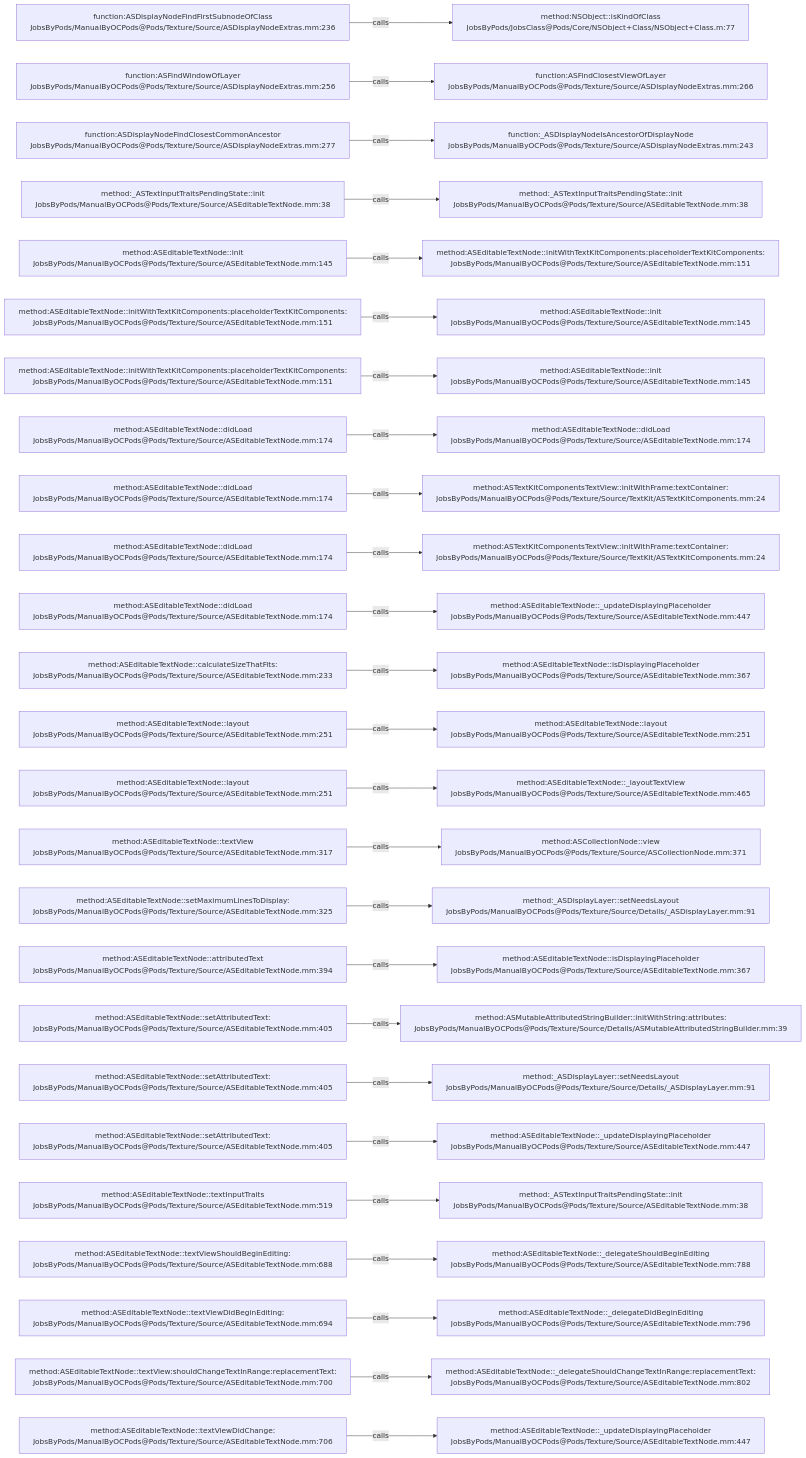
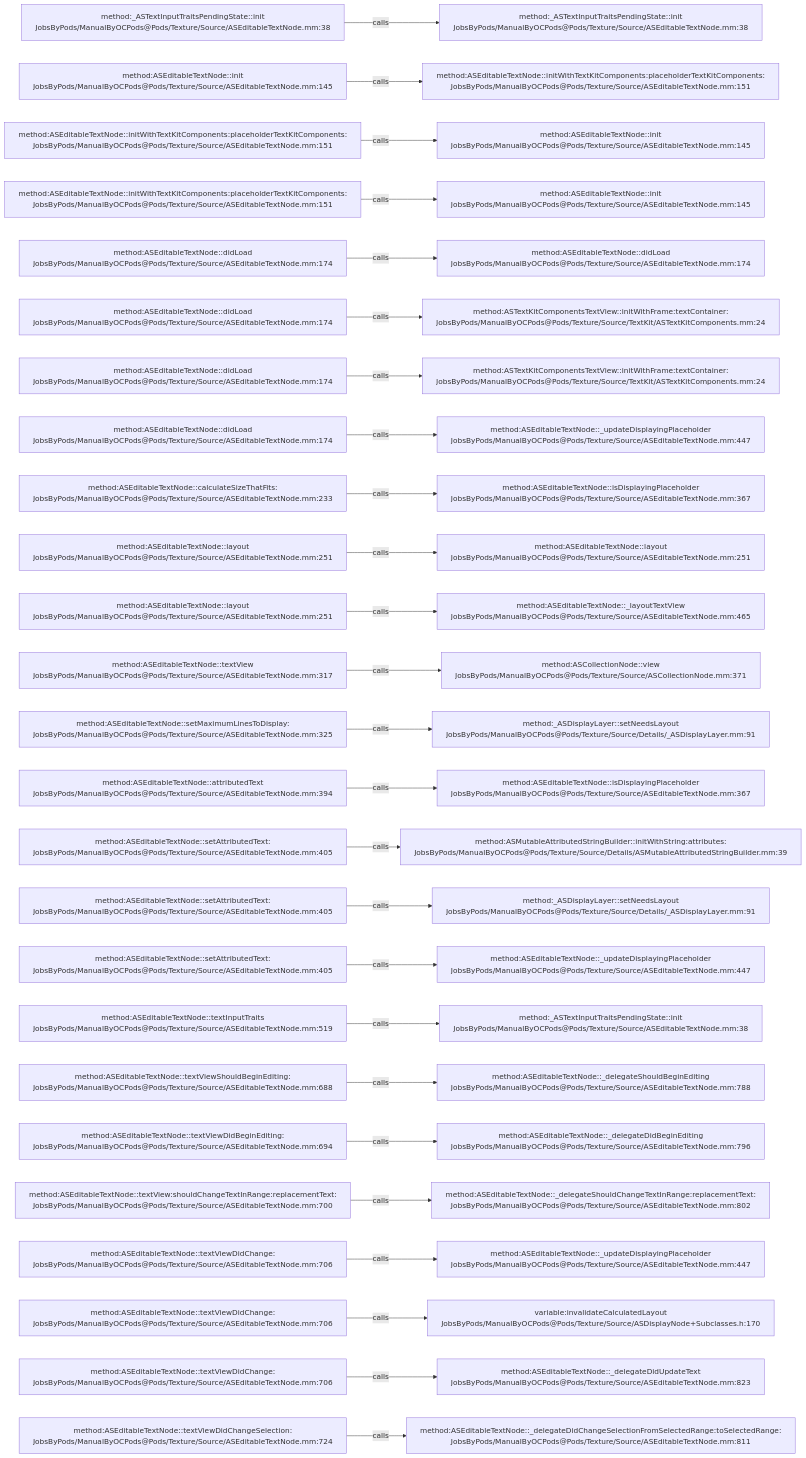
One commit to JobsKits/JobsOCBaseConfigDemo changed the diagram in .codegraph/codegraph.md/graphs/calls-109.md. Above: the diagram before and after it, drawn with Mermaid. The commit also changed 342 other files, not shown here.

````diff
--- a/.codegraph/codegraph.md/graphs/calls-109.md
+++ b/.codegraph/codegraph.md/graphs/calls-109.md
@@ -13,78 +13,78 @@
 ```mermaid
 flowchart LR
-  S1["function:ASDisplayNodeFindFirstSubnodeOfClass<br/>JobsByPods/ManualByOCPods@Pods/Texture/Source/ASDisplayNodeExtras.mm:236"]
-  T1["method:NSObject::isKindOfClass<br/>JobsByPods/JobsClass@Pods/Core/NSObject+Class/NSObject+Class.m:77"]
+  S1["method:_ASTextInputTraitsPendingState::init<br/>JobsByPods/ManualByOCPods@Pods/Texture/Source/ASEditableTextNode.mm:38"]
+  T1["method:_ASTextInputTraitsPendingState::init<br/>JobsByPods/ManualByOCPods@Pods/Texture/Source/ASEditableTextNode.mm:38"]
   S1 -->|calls| T1
-  S2["function:ASFindWindowOfLayer<br/>JobsByPods/ManualByOCPods@Pods/Texture/Source/ASDisplayNodeExtras.mm:256"]
-  T2["function:ASFindClosestViewOfLayer<br/>JobsByPods/ManualByOCPods@Pods/Texture/Source/ASDisplayNodeExtras.mm:266"]
+  S2["method:ASEditableTextNode::init<br/>JobsByPods/ManualByOCPods@Pods/Texture/Source/ASEditableTextNode.mm:145"]
+  T2["method:ASEditableTextNode::initWithTextKitComponents:placeholderTextKitComponents:<br/>JobsByPods/ManualByOCPods@Pods/Texture/Source/ASEditableTextNode.mm:151"]
   S2 -->|calls| T2
-  S3["function:ASDisplayNodeFindClosestCommonAncestor<br/>JobsByPods/ManualByOCPods@Pods/Texture/Source/ASDisplayNodeExtras.mm:277"]
-  T3["function:_ASDisplayNodeIsAncestorOfDisplayNode<br/>JobsByPods/ManualByOCPods@Pods/Texture/Source/ASDisplayNodeExtras.mm:243"]
+  S3["method:ASEditableTextNode::initWithTextKitComponents:placeholderTextKitComponents:<br/>JobsByPods/ManualByOCPods@Pods/Texture/Source/ASEditableTextNode.mm:151"]
+  T3["method:ASEditableTextNode::init<br/>JobsByPods/ManualByOCPods@Pods/Texture/Source/ASEditableTextNode.mm:145"]
   S3 -->|calls| T3
-  S4["method:_ASTextInputTraitsPendingState::init<br/>JobsByPods/ManualByOCPods@Pods/Texture/Source/ASEditableTextNode.mm:38"]
-  T4["method:_ASTextInputTraitsPendingState::init<br/>JobsByPods/ManualByOCPods@Pods/Texture/Source/ASEditableTextNode.mm:38"]
+  S4["method:ASEditableTextNode::initWithTextKitComponents:placeholderTextKitComponents:<br/>JobsByPods/ManualByOCPods@Pods/Texture/Source/ASEditableTextNode.mm:151"]
+  T4["method:ASEditableTextNode::init<br/>JobsByPods/ManualByOCPods@Pods/Texture/Source/ASEditableTextNode.mm:145"]
   S4 -->|calls| T4
-  S5["method:ASEditableTextNode::init<br/>JobsByPods/ManualByOCPods@Pods/Texture/Source/ASEditableTextNode.mm:145"]
-  T5["method:ASEditableTextNode::initWithTextKitComponents:placeholderTextKitComponents:<br/>JobsByPods/ManualByOCPods@Pods/Texture/Source/ASEditableTextNode.mm:151"]
+  S5["method:ASEditableTextNode::didLoad<br/>JobsByPods/ManualByOCPods@Pods/Texture/Source/ASEditableTextNode.mm:174"]
+  T5["method:ASEditableTextNode::didLoad<br/>JobsByPods/ManualByOCPods@Pods/Texture/Source/ASEditableTextNode.mm:174"]
   S5 -->|calls| T5
-  S6["method:ASEditableTextNode::initWithTextKitComponents:placeholderTextKitComponents:<br/>JobsByPods/ManualByOCPods@Pods/Texture/Source/ASEditableTextNode.mm:151"]
-  T6["method:ASEditableTextNode::init<br/>JobsByPods/ManualByOCPods@Pods/Texture/Source/ASEditableTextNode.mm:145"]
+  S6["method:ASEditableTextNode::didLoad<br/>JobsByPods/ManualByOCPods@Pods/Texture/Source/ASEditableTextNode.mm:174"]
+  T6["method:ASTextKitComponentsTextView::initWithFrame:textContainer:<br/>JobsByPods/ManualByOCPods@Pods/Texture/Source/TextKit/ASTextKitComponents.mm:24"]
   S6 -->|calls| T6
-  S7["method:ASEditableTextNode::initWithTextKitComponents:placeholderTextKitComponents:<br/>JobsByPods/ManualByOCPods@Pods/Texture/Source/ASEditableTextNode.mm:151"]
-  T7["method:ASEditableTextNode::init<br/>JobsByPods/ManualByOCPods@Pods/Texture/Source/ASEditableTextNode.mm:145"]
+  S7["method:ASEditableTextNode::didLoad<br/>JobsByPods/ManualByOCPods@Pods/Texture/Source/ASEditableTextNode.mm:174"]
+  T7["method:ASTextKitComponentsTextView::initWithFrame:textContainer:<br/>JobsByPods/ManualByOCPods@Pods/Texture/Source/TextKit/ASTextKitComponents.mm:24"]
   S7 -->|calls| T7
   S8["method:ASEditableTextNode::didLoad<br/>JobsByPods/ManualByOCPods@Pods/Texture/Source/ASEditableTextNode.mm:174"]
-  T8["method:ASEditableTextNode::didLoad<br/>JobsByPods/ManualByOCPods@Pods/Texture/Source/ASEditableTextNode.mm:174"]
+  T8["method:ASEditableTextNode::_updateDisplayingPlaceholder<br/>JobsByPods/ManualByOCPods@Pods/Texture/Source/ASEditableTextNode.mm:447"]
   S8 -->|calls| T8
-  S9["method:ASEditableTextNode::didLoad<br/>JobsByPods/ManualByOCPods@Pods/Texture/Source/ASEditableTextNode.mm:174"]
-  T9["method:ASTextKitComponentsTextView::initWithFrame:textContainer:<br/>JobsByPods/ManualByOCPods@Pods/Texture/Source/TextKit/ASTextKitComponents.mm:24"]
+  S9["method:ASEditableTextNode::calculateSizeThatFits:<br/>JobsByPods/ManualByOCPods@Pods/Texture/Source/ASEditableTextNode.mm:233"]
+  T9["method:ASEditableTextNode::isDisplayingPlaceholder<br/>JobsByPods/ManualByOCPods@Pods/Texture/Source/ASEditableTextNode.mm:367"]
   S9 -->|calls| T9
-  S10["method:ASEditableTextNode::didLoad<br/>JobsByPods/ManualByOCPods@Pods/Texture/Source/ASEditableTextNode.mm:174"]
-  T10["method:ASTextKitComponentsTextView::initWithFrame:textContainer:<br/>JobsByPods/ManualByOCPods@Pods/Texture/Source/TextKit/ASTextKitComponents.mm:24"]
+  S10["method:ASEditableTextNode::layout<br/>JobsByPods/ManualByOCPods@Pods/Texture/Source/ASEditableTextNode.mm:251"]
+  T10["method:ASEditableTextNode::layout<br/>JobsByPods/ManualByOCPods@Pods/Texture/Source/ASEditableTextNode.mm:251"]
   S10 -->|calls| T10
-  S11["method:ASEditableTextNode::didLoad<br/>JobsByPods/ManualByOCPods@Pods/Texture/Source/ASEditableTextNode.mm:174"]
-  T11["method:ASEditableTextNode::_updateDisplayingPlaceholder<br/>JobsByPods/ManualByOCPods@Pods/Texture/Source/ASEditableTextNode.mm:447"]
+  S11["method:ASEditableTextNode::layout<br/>JobsByPods/ManualByOCPods@Pods/Texture/Source/ASEditableTextNode.mm:251"]
+  T11["method:ASEditableTextNode::_layoutTextView<br/>JobsByPods/ManualByOCPods@Pods/Texture/Source/ASEditableTextNode.mm:465"]
   S11 -->|calls| T11
-  S12["method:ASEditableTextNode::calculateSizeThatFits:<br/>JobsByPods/ManualByOCPods@Pods/Texture/Source/ASEditableTextNode.mm:233"]
-  T12["method:ASEditableTextNode::isDisplayingPlaceholder<br/>JobsByPods/ManualByOCPods@Pods/Texture/Source/ASEditableTextNode.mm:367"]
+  S12["method:ASEditableTextNode::textView<br/>JobsByPods/ManualByOCPods@Pods/Texture/Source/ASEditableTextNode.mm:317"]
+  T12["method:ASCollectionNode::view<br/>JobsByPods/ManualByOCPods@Pods/Texture/Source/ASCollectionNode.mm:371"]
   S12 -->|calls| T12
-  S13["method:ASEditableTextNode::layout<br/>JobsByPods/ManualByOCPods@Pods/Texture/Source/ASEditableTextNode.mm:251"]
-  T13["method:ASEditableTextNode::layout<br/>JobsByPods/ManualByOCPods@Pods/Texture/Source/ASEditableTextNode.mm:251"]
+  S13["method:ASEditableTextNode::setMaximumLinesToDisplay:<br/>JobsByPods/ManualByOCPods@Pods/Texture/Source/ASEditableTextNode.mm:325"]
+  T13["method:_ASDisplayLayer::setNeedsLayout<br/>JobsByPods/ManualByOCPods@Pods/Texture/Source/Details/_ASDisplayLayer.mm:91"]
   S13 -->|calls| T13
-  S14["method:ASEditableTextNode::layout<br/>JobsByPods/ManualByOCPods@Pods/Texture/Source/ASEditableTextNode.mm:251"]
-  T14["method:ASEditableTextNode::_layoutTextView<br/>JobsByPods/ManualByOCPods@Pods/Texture/Source/ASEditableTextNode.mm:465"]
+  S14["method:ASEditableTextNode::attributedText<br/>JobsByPods/ManualByOCPods@Pods/Texture/Source/ASEditableTextNode.mm:394"]
+  T14["method:ASEditableTextNode::isDisplayingPlaceholder<br/>JobsByPods/ManualByOCPods@Pods/Texture/Source/ASEditableTextNode.mm:367"]
   S14 -->|calls| T14
-  S15["method:ASEditableTextNode::textView<br/>JobsByPods/ManualByOCPods@Pods/Texture/Source/ASEditableTextNode.mm:317"]
-  T15["method:ASCollectionNode::view<br/>JobsByPods/ManualByOCPods@Pods/Texture/Source/ASCollectionNode.mm:371"]
+  S15["method:ASEditableTextNode::setAttributedText:<br/>JobsByPods/ManualByOCPods@Pods/Texture/Source/ASEditableTextNode.mm:405"]
+  T15["method:ASMutableAttributedStringBuilder::initWithString:attributes:<br/>JobsByPods/ManualByOCPods@Pods/Texture/Source/Details/ASMutableAttributedStringBuilder.mm:39"]
   S15 -->|calls| T15
-  S16["method:ASEditableTextNode::setMaximumLinesToDisplay:<br/>JobsByPods/ManualByOCPods@Pods/Texture/Source/ASEditableTextNode.mm:325"]
+  S16["method:ASEditableTextNode::setAttributedText:<br/>JobsByPods/ManualByOCPods@Pods/Texture/Source/ASEditableTextNode.mm:405"]
   T16["method:_ASDisplayLayer::setNeedsLayout<br/>JobsByPods/ManualByOCPods@Pods/Texture/Source/Details/_ASDisplayLayer.mm:91"]
   S16 -->|calls| T16
-  S17["method:ASEditableTextNode::attributedText<br/>JobsByPods/ManualByOCPods@Pods/Texture/Source/ASEditableTextNode.mm:394"]
-  T17["method:ASEditableTextNode::isDisplayingPlaceholder<br/>JobsByPods/ManualByOCPods@Pods/Texture/Source/ASEditableTextNode.mm:367"]
+  S17["method:ASEditableTextNode::setAttributedText:<br/>JobsByPods/ManualByOCPods@Pods/Texture/Source/ASEditableTextNode.mm:405"]
+  T17["method:ASEditableTextNode::_updateDisplayingPlaceholder<br/>JobsByPods/ManualByOCPods@Pods/Texture/Source/ASEditableTextNode.mm:447"]
   S17 -->|calls| T17
-  S18["method:ASEditableTextNode::setAttributedText:<br/>JobsByPods/ManualByOCPods@Pods/Texture/Source/ASEditableTextNode.mm:405"]
-  T18["method:ASMutableAttributedStringBuilder::initWithString:attributes:<br/>JobsByPods/ManualByOCPods@Pods/Texture/Source/Details/ASMutableAttributedStringBuilder.mm:39"]
+  S18["method:ASEditableTextNode::textInputTraits<br/>JobsByPods/ManualByOCPods@Pods/Texture/Source/ASEditableTextNode.mm:519"]
+  T18["method:_ASTextInputTraitsPendingState::init<br/>JobsByPods/ManualByOCPods@Pods/Texture/Source/ASEditableTextNode.mm:38"]
   S18 -->|calls| T18
-  S19["method:ASEditableTextNode::setAttributedText:<br/>JobsByPods/ManualByOCPods@Pods/Texture/Source/ASEditableTextNode.mm:405"]
-  T19["method:_ASDisplayLayer::setNeedsLayout<br/>JobsByPods/ManualByOCPods@Pods/Texture/Source/Details/_ASDisplayLayer.mm:91"]
+  S19["method:ASEditableTextNode::textViewShouldBeginEditing:<br/>JobsByPods/ManualByOCPods@Pods/Texture/Source/ASEditableTextNode.mm:688"]
+  T19["method:ASEditableTextNode::_delegateShouldBeginEditing<br/>JobsByPods/ManualByOCPods@Pods/Texture/Source/ASEditableTextNode.mm:788"]
   S19 -->|calls| T19
-  S20["method:ASEditableTextNode::setAttributedText:<br/>JobsByPods/ManualByOCPods@Pods/Texture/Source/ASEditableTextNode.mm:405"]
-  T20["method:ASEditableTextNode::_updateDisplayingPlaceholder<br/>JobsByPods/ManualByOCPods@Pods/Texture/Source/ASEditableTextNode.mm:447"]
+  S20["method:ASEditableTextNode::textViewDidBeginEditing:<br/>JobsByPods/ManualByOCPods@Pods/Texture/Source/ASEditableTextNode.mm:694"]
+  T20["method:ASEditableTextNode::_delegateDidBeginEditing<br/>JobsByPods/ManualByOCPods@Pods/Texture/Source/ASEditableTextNode.mm:796"]
   S20 -->|calls| T20
-  S21["method:ASEditableTextNode::textInputTraits<br/>JobsByPods/ManualByOCPods@Pods/Texture/Source/ASEditableTextNode.mm:519"]
-  T21["method:_ASTextInputTraitsPendingState::init<br/>JobsByPods/ManualByOCPods@Pods/Texture/Source/ASEditableTextNode.mm:38"]
+  S21["method:ASEditableTextNode::textView:shouldChangeTextInRange:replacementText:<br/>JobsByPods/ManualByOCPods@Pods/Texture/Source/ASEditableTextNode.mm:700"]
+  T21["method:ASEditableTextNode::_delegateShouldChangeTextInRange:replacementText:<br/>JobsByPods/ManualByOCPods@Pods/Texture/Source/ASEditableTextNode.mm:802"]
   S21 -->|calls| T21
-  S22["method:ASEditableTextNode::textViewShouldBeginEditing:<br/>JobsByPods/ManualByOCPods@Pods/Texture/Source/ASEditableTextNode.mm:688"]
-  T22["method:ASEditableTextNode::_delegateShouldBeginEditing<br/>JobsByPods/ManualByOCPods@Pods/Texture/Source/ASEditableTextNode.mm:788"]
+  S22["method:ASEditableTextNode::textViewDidChange:<br/>JobsByPods/ManualByOCPods@Pods/Texture/Source/ASEditableTextNode.mm:706"]
+  T22["method:ASEditableTextNode::_updateDisplayingPlaceholder<br/>JobsByPods/ManualByOCPods@Pods/Texture/Source/ASEditableTextNode.mm:447"]
   S22 -->|calls| T22
-  S23["method:ASEditableTextNode::textViewDidBeginEditing:<br/>JobsByPods/ManualByOCPods@Pods/Texture/Source/ASEditableTextNode.mm:694"]
-  T23["method:ASEditableTextNode::_delegateDidBeginEditing<br/>JobsByPods/ManualByOCPods@Pods/Texture/Source/ASEditableTextNode.mm:796"]
+  S23["method:ASEditableTextNode::textViewDidChange:<br/>JobsByPods/ManualByOCPods@Pods/Texture/Source/ASEditableTextNode.mm:706"]
+  T23["variable:invalidateCalculatedLayout<br/>JobsByPods/ManualByOCPods@Pods/Texture/Source/ASDisplayNode+Subclasses.h:170"]
   S23 -->|calls| T23
-  S24["method:ASEditableTextNode::textView:shouldChangeTextInRange:replacementText:<br/>JobsByPods/ManualByOCPods@Pods/Texture/Source/ASEditableTextNode.mm:700"]
-  T24["method:ASEditableTextNode::_delegateShouldChangeTextInRange:replacementText:<br/>JobsByPods/ManualByOCPods@Pods/Texture/Source/ASEditableTextNode.mm:802"]
+  S24["method:ASEditableTextNode::textViewDidChange:<br/>JobsByPods/ManualByOCPods@Pods/Texture/Source/ASEditableTextNode.mm:706"]
+  T24["method:ASEditableTextNode::_delegateDidUpdateText<br/>JobsByPods/ManualByOCPods@Pods/Texture/Source/ASEditableTextNode.mm:823"]
   S24 -->|calls| T24
-  S25["method:ASEditableTextNode::textViewDidChange:<br/>JobsByPods/ManualByOCPods@Pods/Texture/Source/ASEditableTextNode.mm:706"]
-  T25["method:ASEditableTextNode::_updateDisplayingPlaceholder<br/>JobsByPods/ManualByOCPods@Pods/Texture/Source/ASEditableTextNode.mm:447"]
+  S25["method:ASEditableTextNode::textViewDidChangeSelection:<br/>JobsByPods/ManualByOCPods@Pods/Texture/Source/ASEditableTextNode.mm:724"]
+  T25["method:ASEditableTextNode::_delegateDidChangeSelectionFromSelectedRange:toSelectedRange:<br/>JobsByPods/ManualByOCPods@Pods/Texture/Source/ASEditableTextNode.mm:811"]
   S25 -->|calls| T25
 ```
````
